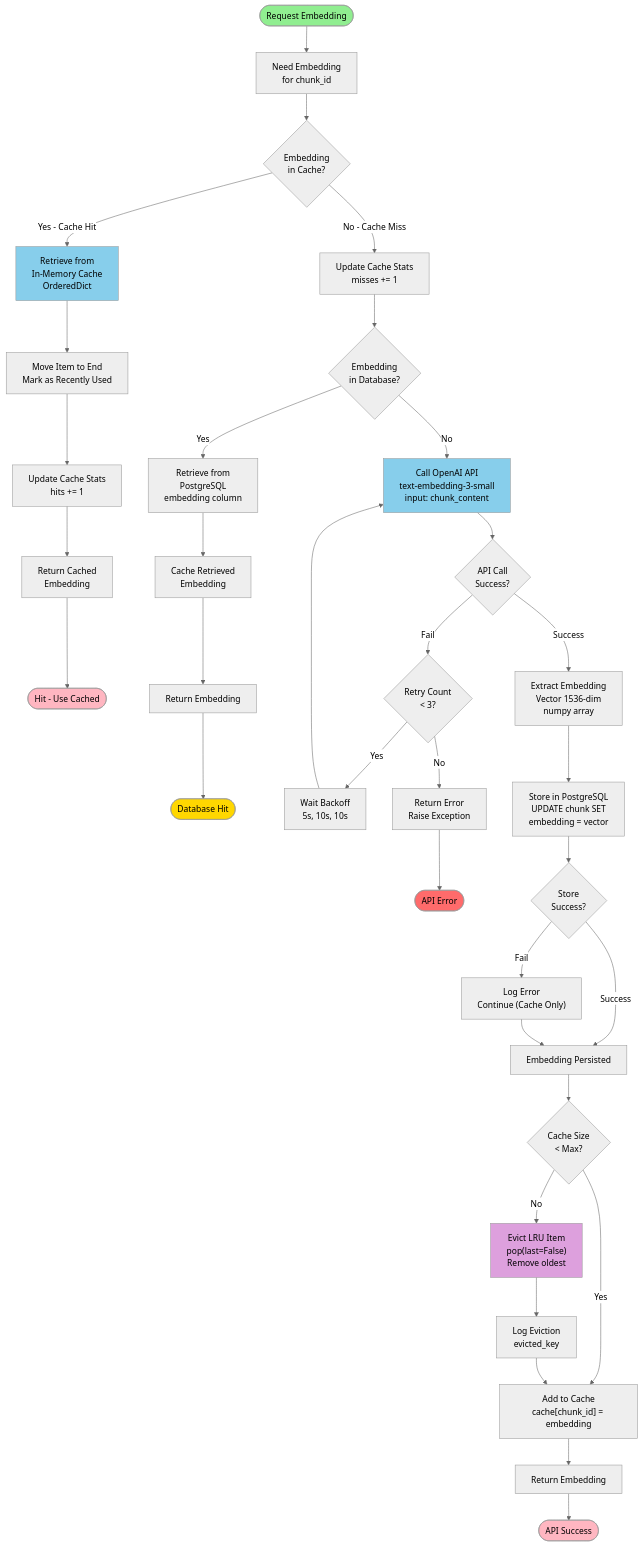
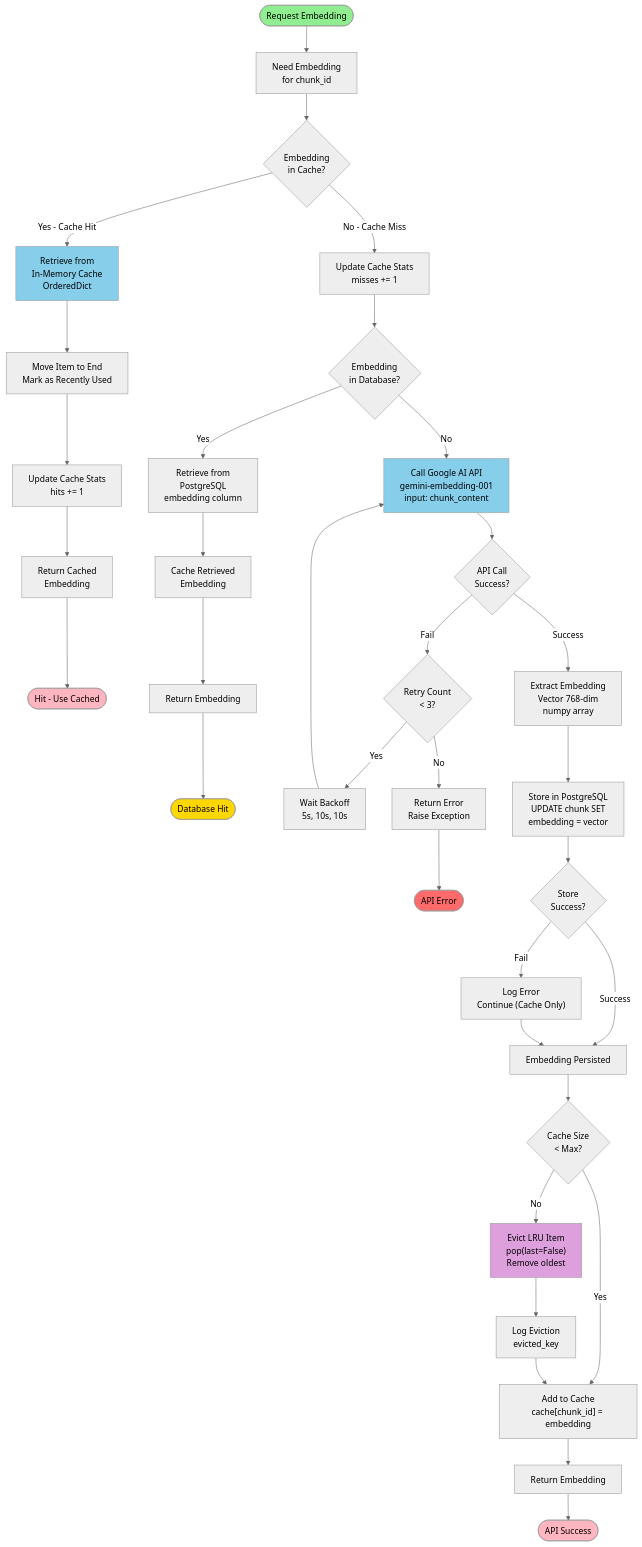
Before and after one commit to Smeet23/Lexintel: the fifth of 6 diagrams in docs/FLOWCHARTS.md, drawn with Mermaid (neutral theme). The commit also changed other lines of this file and 50 other files, not shown here.

First line of the commit message:
docs: update all documentation from OpenAI to Google Gemini

````diff
--- a/docs/FLOWCHARTS.md
+++ b/docs/FLOWCHARTS.md
@@ -522,64 +522,64 @@
 ```mermaid
 graph TD
     Start([Request Embedding]) --> NeedEmbed["Need Embedding<br/>for chunk_id"]
 
     NeedEmbed --> CheckCache{"Embedding<br/>in Cache?"}
 
     CheckCache -->|Yes - Cache Hit| GetCache["Retrieve from<br/>In-Memory Cache<br/>OrderedDict"]
 
     GetCache --> MoveRecent["Move Item to End<br/>Mark as Recently Used"]
 
     MoveRecent --> UpdateHit["Update Cache Stats<br/>hits += 1"]
 
     UpdateHit --> ReturnCached["Return Cached<br/>Embedding"]
     ReturnCached --> EndHit([Hit - Use Cached])
 
     CheckCache -->|No - Cache Miss| UpdateMiss["Update Cache Stats<br/>misses += 1"]
 
     UpdateMiss --> CheckDB{"Embedding<br/>in Database?"}
 
     CheckDB -->|Yes| RetrieveDB["Retrieve from<br/>PostgreSQL<br/>embedding column"]
     RetrieveDB --> CacheMiss["Cache Retrieved<br/>Embedding"]
     CacheMiss --> ReturnDB["Return Embedding"]
     ReturnDB --> EndDBHit([Database Hit])
 
-    CheckDB -->|No| CallAPI["Call OpenAI API<br/>text-embedding-3-small<br/>input: chunk_content"]
+    CheckDB -->|No| CallAPI["Call Google AI API<br/>gemini-embedding-001<br/>input: chunk_content"]
 
     CallAPI --> APISuccess{API Call<br/>Success?}
 
     APISuccess -->|Fail| APIError{Retry Count<br/>< 3?}
     APIError -->|Yes| BackoffAPI["Wait Backoff<br/>5s, 10s, 10s"]
     BackoffAPI --> CallAPI
     APIError -->|No| APIFailed["Return Error<br/>Raise Exception"]
     APIFailed --> EndAPIFail([API Error])
 
-    APISuccess -->|Success| ExtractEmbed["Extract Embedding<br/>Vector 1536-dim<br/>numpy array"]
+    APISuccess -->|Success| ExtractEmbed["Extract Embedding<br/>Vector 768-dim<br/>numpy array"]
 
     ExtractEmbed --> StoreDB["Store in PostgreSQL<br/>UPDATE chunk SET<br/>embedding = vector"]
 
     StoreDB --> StoreOK{Store<br/>Success?}
     StoreOK -->|Fail| StoreFail["Log Error<br/>Continue (Cache Only)"]
     StoreOK -->|Success| DBStored["Embedding Persisted"]
 
     StoreFail --> DBStored
 
     DBStored --> CheckSize{"Cache Size<br/>< Max?"}
 
     CheckSize -->|Yes| AddCache["Add to Cache<br/>cache[chunk_id] = embedding"]
     CheckSize -->|No| Evict["Evict LRU Item<br/>pop(last=False)<br/>Remove oldest"]
 
     Evict --> EvictLog["Log Eviction<br/>evicted_key"]
     EvictLog --> AddCache
 
     AddCache --> ReturnAPI["Return Embedding"]
     ReturnAPI --> EndAPIDone([API Success])
 
     style Start fill:#90EE90
     style EndHit fill:#FFB6C1
     style EndDBHit fill:#FFD700
     style EndAPIDone fill:#FFB6C1
     style EndAPIFail fill:#FF6B6B
     style GetCache fill:#87CEEB
     style CallAPI fill:#87CEEB
     style Evict fill:#DDA0DD
 ```
````
